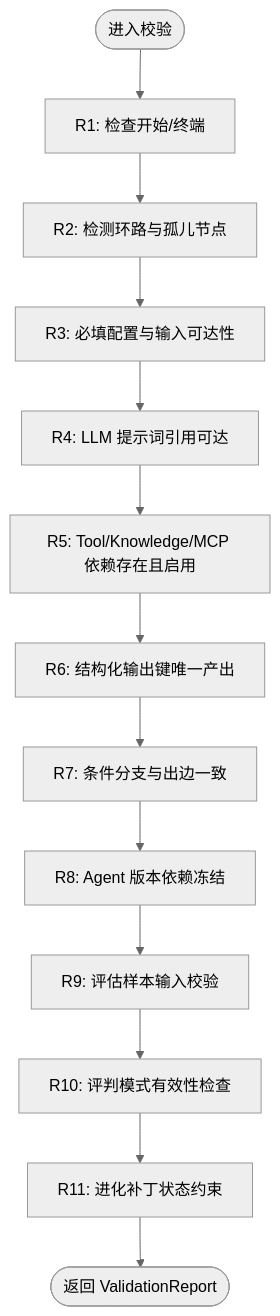
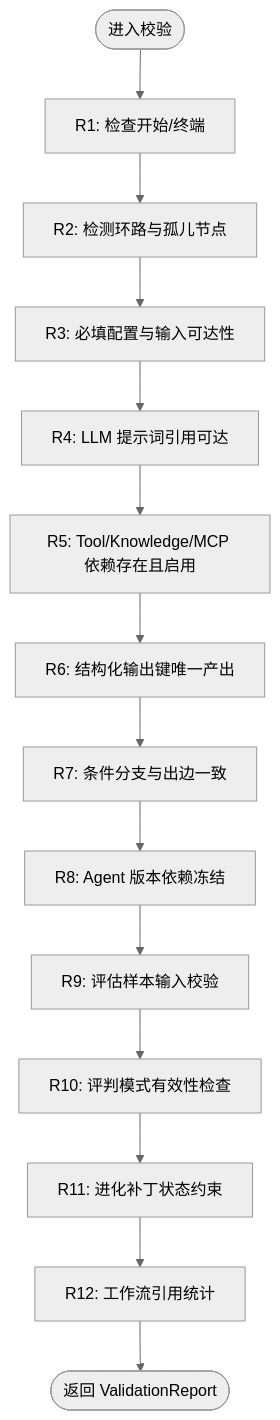
The third of 3 diagrams in .qoder/repowiki/zh/content/Agent 与工作流域.md (huiliuxu780/MoreThanCorn), drawn with Mermaid (neutral theme) before and after one commit. The commit also changed other lines of this file and 63 other files, not shown here.

````diff
--- a/.qoder/repowiki/zh/content/Agent 与工作流域.md
+++ b/.qoder/repowiki/zh/content/Agent 与工作流域.md
@@ -351,15 +361,16 @@
 ```mermaid
 flowchart TD
 Start(["进入校验"]) --> R1["R1: 检查开始/终端"]
 R1 --> R2["R2: 检测环路与孤儿节点"]
 R2 --> R3["R3: 必填配置与输入可达性"]
 R3 --> R4["R4: LLM 提示词引用可达"]
 R4 --> R5["R5: Tool/Knowledge/MCP 依赖存在且启用"]
 R5 --> R6["R6: 结构化输出键唯一产出"]
 R6 --> R7["R7: 条件分支与出边一致"]
 R7 --> R8["R8: Agent 版本依赖冻结"]
 R8 --> R9["R9: 评估样本输入校验"]
 R9 --> R10["R10: 评判模式有效性检查"]
 R10 --> R11["R11: 进化补丁状态约束"]
-R11 --> End(["返回 ValidationReport"])
+R11 --> R12["R12: 工作流引用统计"]
+R12 --> End(["返回 ValidationReport"])
 ```
````
